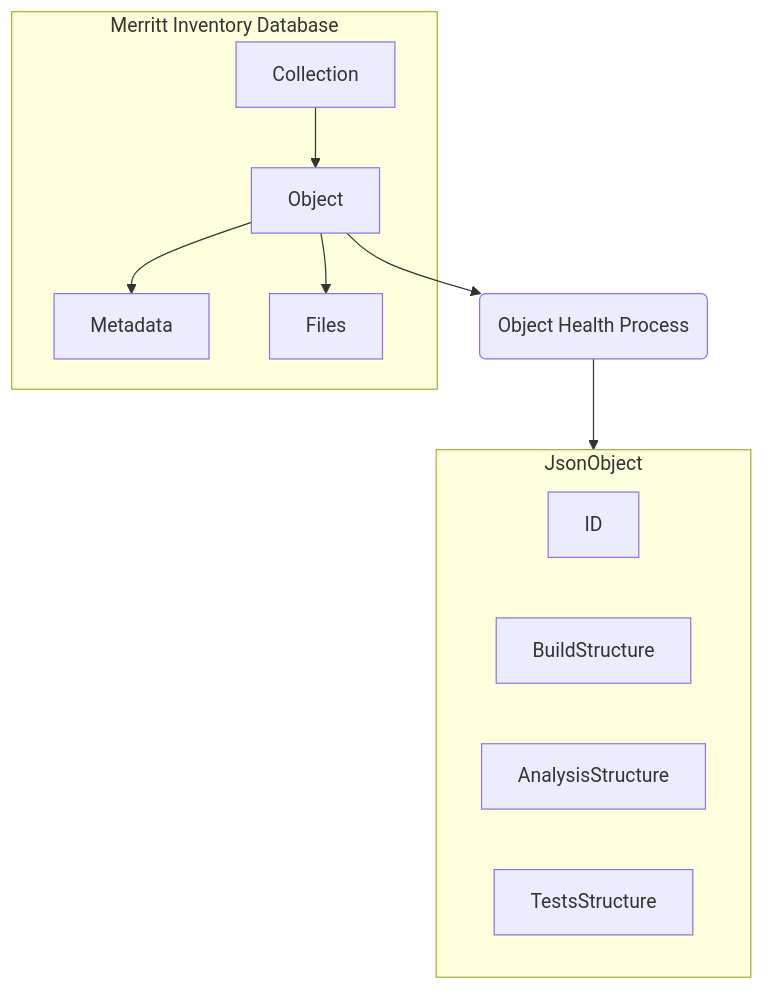
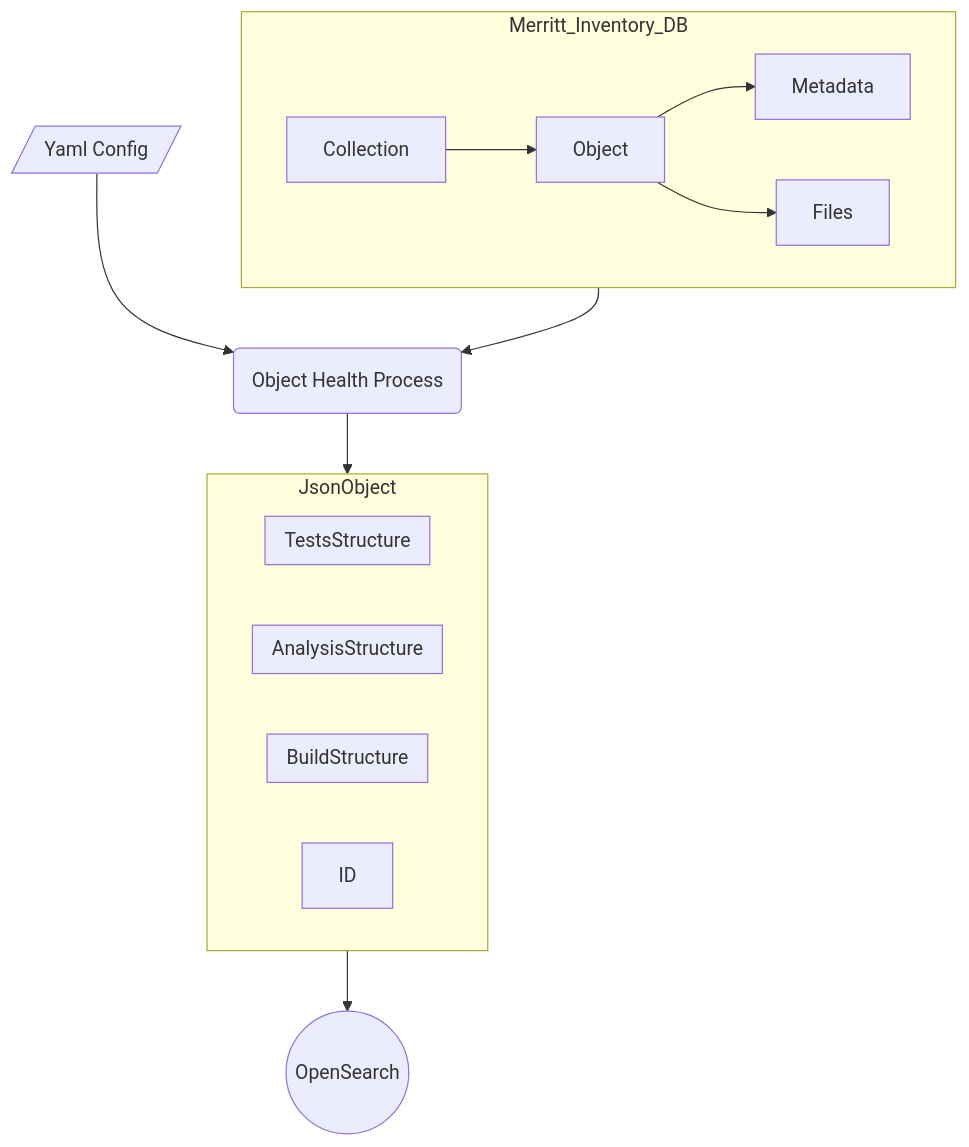
One commit to CDLUC3/mrt-cron changed the first of 4 diagrams in coll-health-obj-analysis/data_model.md. Above: the diagram before and after it, drawn with Mermaid. The commit also changed other lines of this file, not shown here.

````diff
--- a/coll-health-obj-analysis/data_model.md
+++ b/coll-health-obj-analysis/data_model.md
@@ -3,17 +3,24 @@
 ```mermaid
   graph TD;
-      subgraph Merritt Inventory Database
+      subgraph Merritt_Inventory_DB
         Collection --> Object
         Object --> Metadata
         Object --> Files
       end
       OH(Object Health Process)
-      Object --> OH
+      Yaml[/Yaml Config/]
+      Yaml --> OH
+      Merritt_Inventory_DB --> OH
       OH --> JsonObject
       subgraph JsonObject
         ID
-        BuildStructure
-        AnalysisStructure
-        TestsStructure
+        subgraph BuildStructure
+        end
+        subgraph AnalysisStructure
+        end
+        subgraph TestsStructure
+        end
       end
+      OpenSearch((OpenSearch))
+      JsonObject --> OpenSearch
 ```
````
